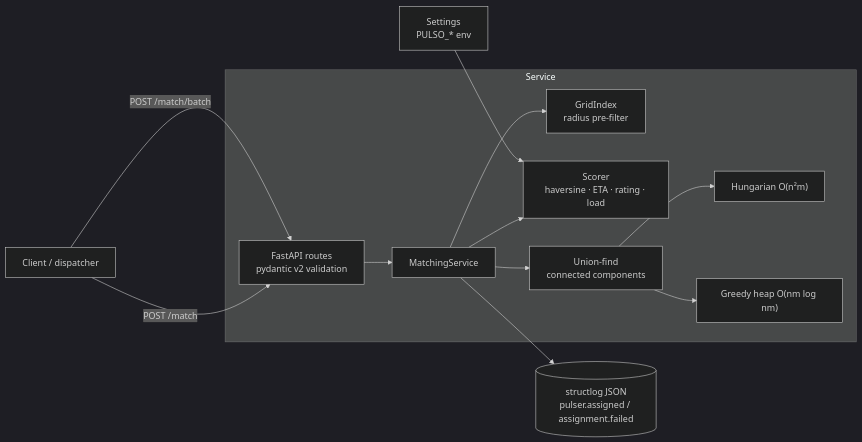
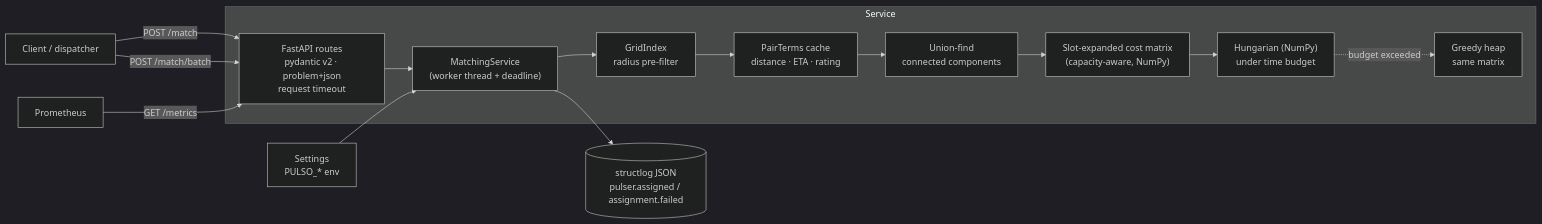
One commit to AlejandroAlvarez-srdev/pulso-matching changed the diagram in README.md. Above: the diagram before and after it, drawn with Mermaid (dark theme). The commit also changed other lines of this file and 1 other file, not shown here.

First line of the commit message:
docs: document capacity, cache, budgets, metrics and errors; publish new benchmark and load-test results

````diff
--- a/README.md
+++ b/README.md
@@ -13,15 +21,17 @@
 ```mermaid
 flowchart LR
     C["Client / dispatcher"] -->|POST /match| API
     C -->|POST /match/batch| API
+    P["Prometheus"] -->|GET /metrics| API
     subgraph Service
-        API["FastAPI routes<br/>pydantic v2 validation"] --> S["MatchingService"]
+        API["FastAPI routes<br/>pydantic v2 · problem+json<br/>request timeout"] --> S["MatchingService<br/>(worker thread + deadline)"]
         S --> G["GridIndex<br/>radius pre-filter"]
-        S --> SC["Scorer<br/>haversine · ETA · rating · load"]
-        S --> UF["Union-find<br/>connected components"]
-        UF --> H["Hungarian O(n²m)"]
-        UF --> GR["Greedy heap O(nm log nm)"]
+        G --> T["PairTerms cache<br/>distance · ETA · rating"]
+        T --> UF["Union-find<br/>connected components"]
+        UF --> M["Slot-expanded cost matrix<br/>(capacity-aware, NumPy)"]
+        M --> H["Hungarian (NumPy)<br/>under time budget"]
+        H -. "budget exceeded" .-> GR["Greedy heap<br/>same matrix"]
     end
-    CFG["Settings<br/>PULSO_* env"] --> SC
+    CFG["Settings<br/>PULSO_* env"] --> S
     S --> L[("structlog JSON<br/>pulser.assigned / assignment.failed")]
 ```
````
